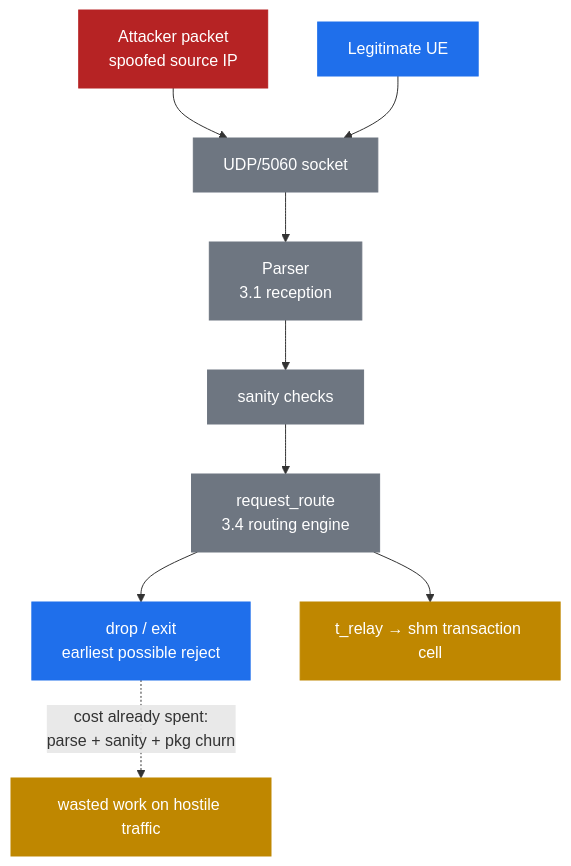
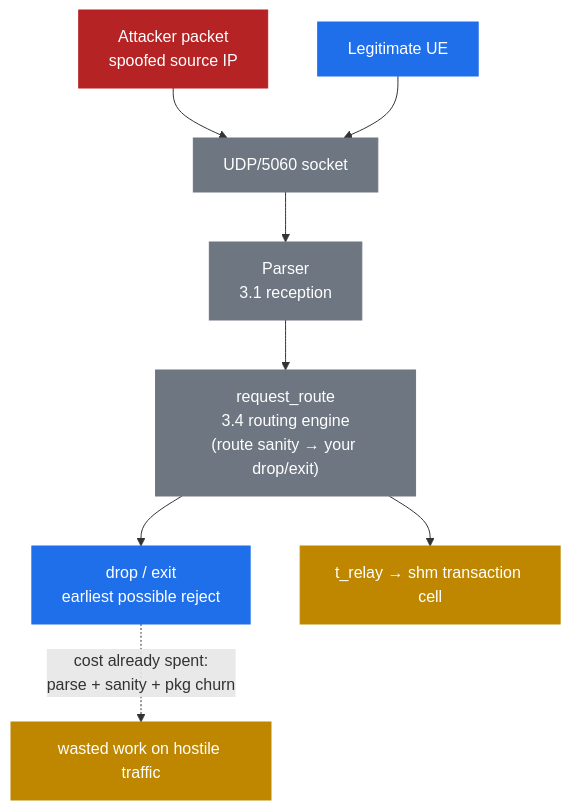
The diagram in docs/en/36-security-surface.md (denyspozniak/kamailio-handbook), drawn with Mermaid before and after one commit. The commit also changed other lines of this file and 1 other file, not shown here.

Commit message:
Part 11.1: fix sanity placement (runs inside request_route) + header-parse wording

````diff
--- a/docs/en/36-security-surface.md
+++ b/docs/en/36-security-surface.md
@@ -44,22 +44,21 @@
 ```mermaid
 flowchart TB
     A[Attacker packet<br/>spoofed source IP] --> SOCK
     G[Legitimate UE] --> SOCK[UDP/5060 socket]
     SOCK --> P[Parser<br/>3.1 reception]
-    P --> S[sanity checks]
-    S --> RR[request_route<br/>3.4 routing engine]
+    P --> RR["request_route<br/>3.4 routing engine<br/>(route sanity → your drop/exit)"]
     RR --> REJECT[drop / exit<br/>earliest possible reject]
     RR --> WORK[t_relay → shm transaction cell]
 
     REJECT -.->|cost already spent:<br/>parse + sanity + pkg churn| WASTE[wasted work on hostile traffic]
 
     classDef bad fill:#b62324,stroke:#b62324,color:#fff
     classDef good fill:#1f6feb,stroke:#1f6feb,color:#fff
     classDef pipe fill:#6e7681,stroke:#6e7681,color:#fff
     classDef warn fill:#bf8700,stroke:#bf8700,color:#fff
     class A bad
     class G good
-    class SOCK,P,S,RR pipe
+    class SOCK,P,RR pipe
     class REJECT good
     class WASTE,WORK warn
 ```
````
